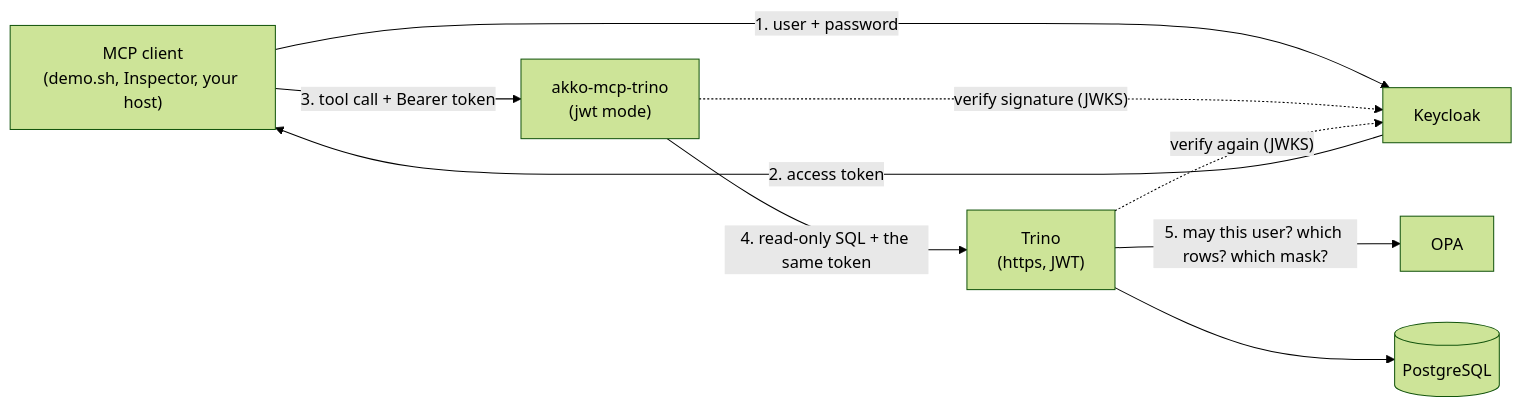
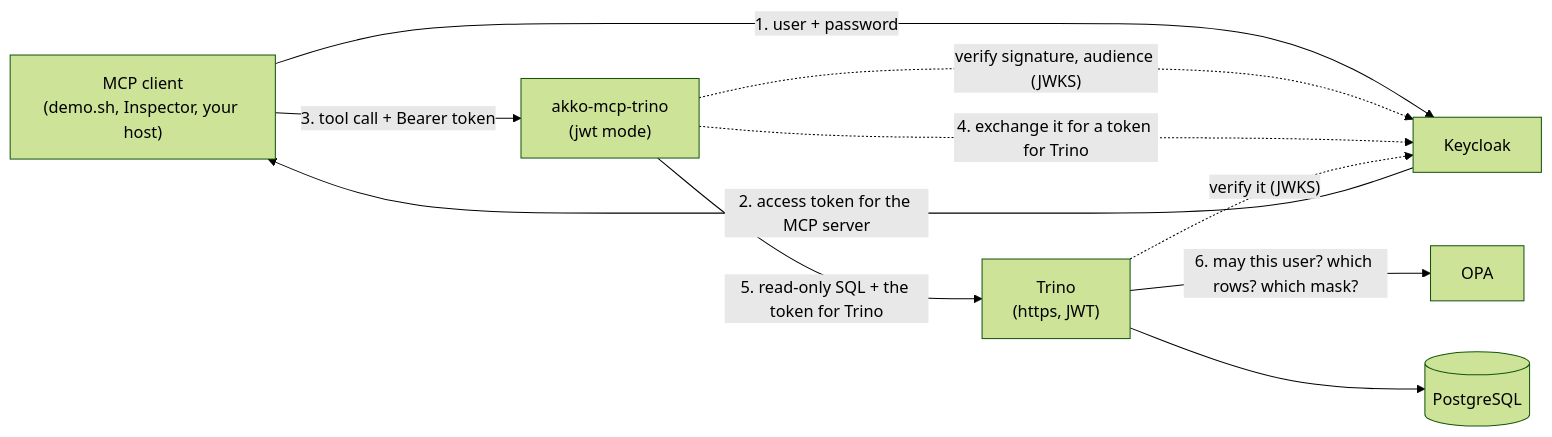
The diagram in README.md (AKKO-p/akko-sandbox), drawn with Mermaid (forest theme) before and after one commit. The commit also changed other lines of this file and 8 other files, not shown here.

First line of the commit message:
akko-mcp-trino 0.6.0: token exchange at Keycloak, no token passthrough

````diff
--- a/README.md
+++ b/README.md
@@ -78,18 +81,19 @@
 ```mermaid
 flowchart LR
     Client["MCP client<br/>(demo.sh, Inspector, your host)"]
     KC["Keycloak"]
     MCP["akko-mcp-trino<br/>(jwt mode)"]
     Trino["Trino<br/>(https, JWT)"]
     OPA["OPA"]
     PG[("PostgreSQL")]
 
     Client -- "1. user + password" --> KC
-    KC -- "2. access token" --> Client
+    KC -- "2. access token for the MCP server" --> Client
     Client -- "3. tool call + Bearer token" --> MCP
-    MCP -. "verify signature (JWKS)" .-> KC
-    MCP -- "4. read-only SQL + the same token" --> Trino
-    Trino -. "verify again (JWKS)" .-> KC
-    Trino -- "5. may this user? which rows? which mask?" --> OPA
+    MCP -. "verify signature, audience (JWKS)" .-> KC
+    MCP -. "4. exchange it for a token for Trino" .-> KC
+    MCP -- "5. read-only SQL + the token for Trino" --> Trino
+    Trino -. "verify it (JWKS)" .-> KC
+    Trino -- "6. may this user? which rows? which mask?" --> OPA
     Trino --> PG
 ```
````
